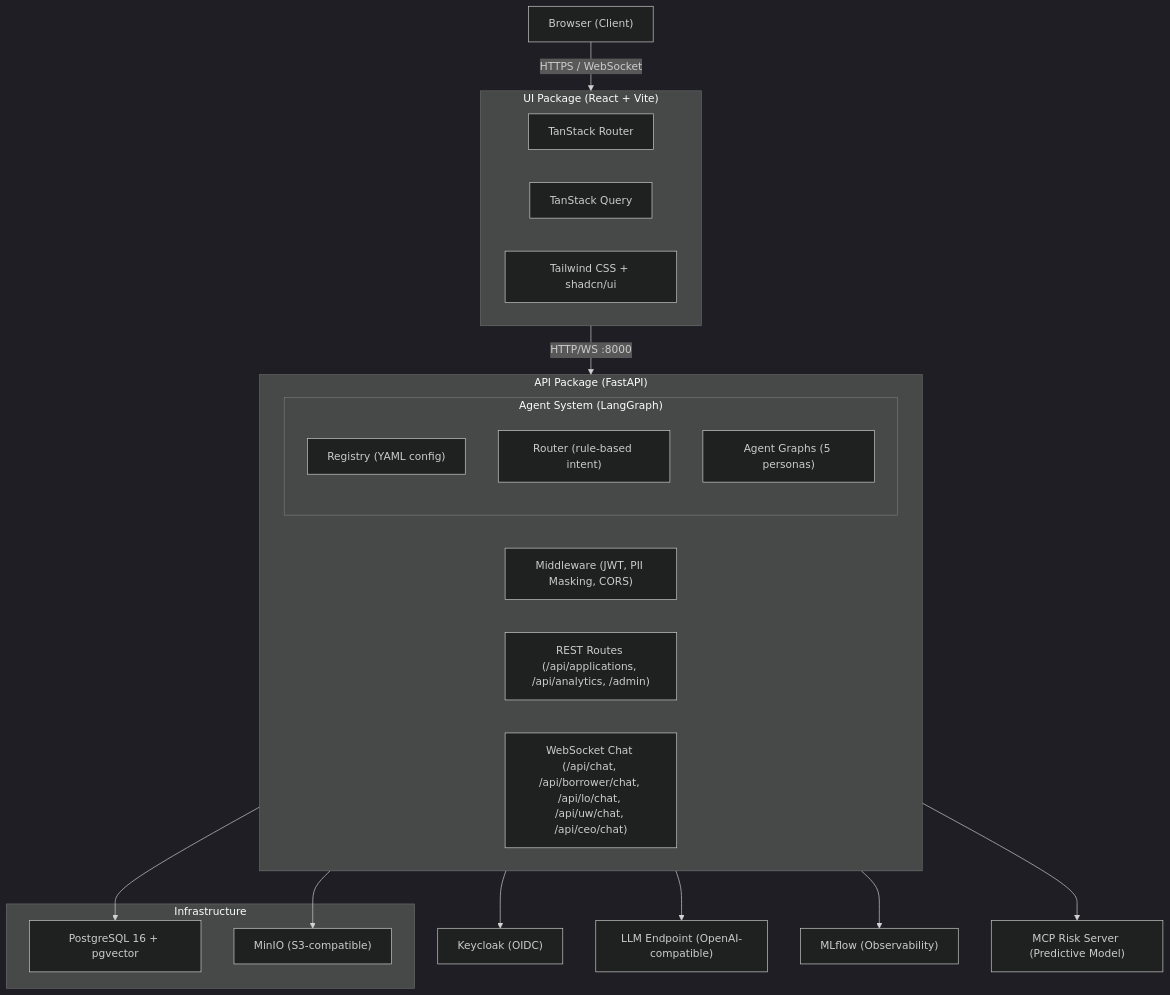
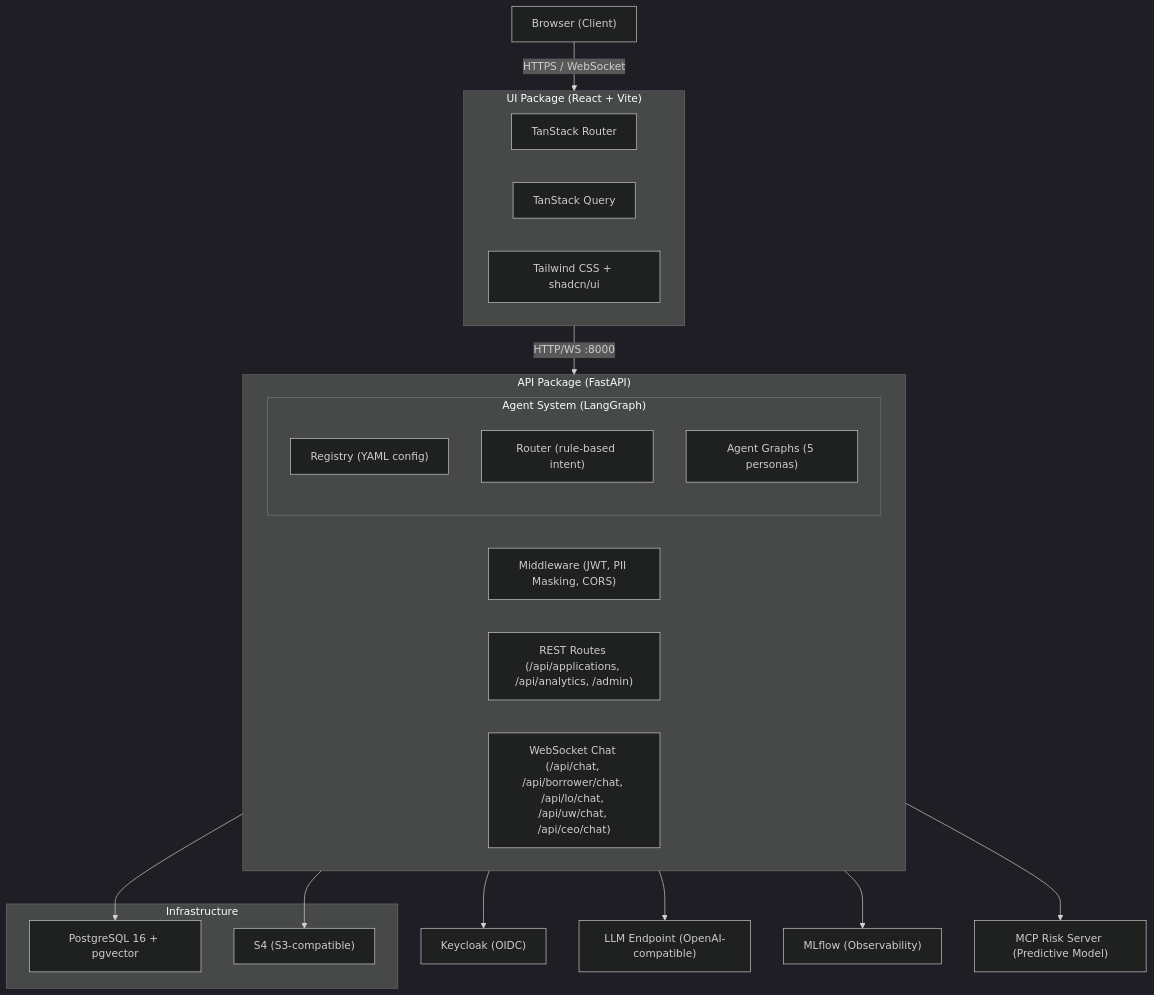
Before and after one commit to rh-ai-quickstart/multi-agent-loan-origination: the diagram in docs/architecture.md, drawn with Mermaid (dark theme). The commit also changed other lines of this file and 40 other files, not shown here.

````diff
--- a/docs/architecture.md
+++ b/docs/architecture.md
@@ -10,40 +10,40 @@
 ```mermaid
 graph TB
     Browser["Browser (Client)"]
 
     subgraph UI["UI Package (React + Vite)"]
         Router["TanStack Router"]
         Query["TanStack Query"]
         Components["Tailwind CSS + shadcn/ui"]
     end
 
     subgraph API["API Package (FastAPI)"]
         Middleware["Middleware (JWT, PII Masking, CORS)"]
         REST["REST Routes (/api/applications, /api/analytics, /admin)"]
         WS["WebSocket Chat (/api/chat, /api/borrower/chat, /api/lo/chat, /api/uw/chat, /api/ceo/chat)"]
         subgraph Agents["Agent System (LangGraph)"]
             Registry["Registry (YAML config)"]
             AgentRouter["Router (rule-based intent)"]
             Graphs["Agent Graphs (5 personas)"]
         end
     end
 
     Keycloak["Keycloak (OIDC)"]
     LLM["LLM Endpoint (OpenAI-compatible)"]
     MLflow["MLflow (Observability)"]
     MCP["MCP Risk Server (Predictive Model)"]
 
     subgraph Infra["Infrastructure"]
         PG["PostgreSQL 16 + pgvector"]
-        MinIO["MinIO (S3-compatible)"]
+        S4["S4 (S3-compatible)"]
     end
 
     Browser -->|"HTTPS / WebSocket"| UI
     UI -->|"HTTP/WS :8000"| API
     API --> Keycloak
     API --> LLM
     API --> MLflow
     API --> MCP
     API --> PG
-    API --> MinIO
+    API --> S4
 ```
````
